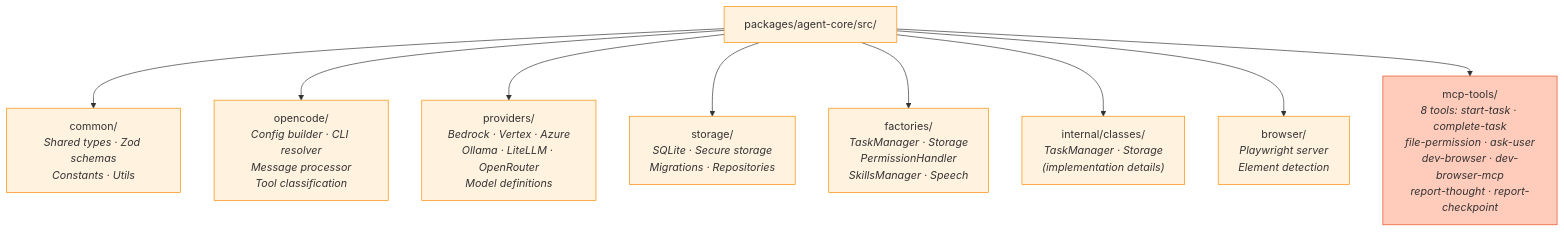
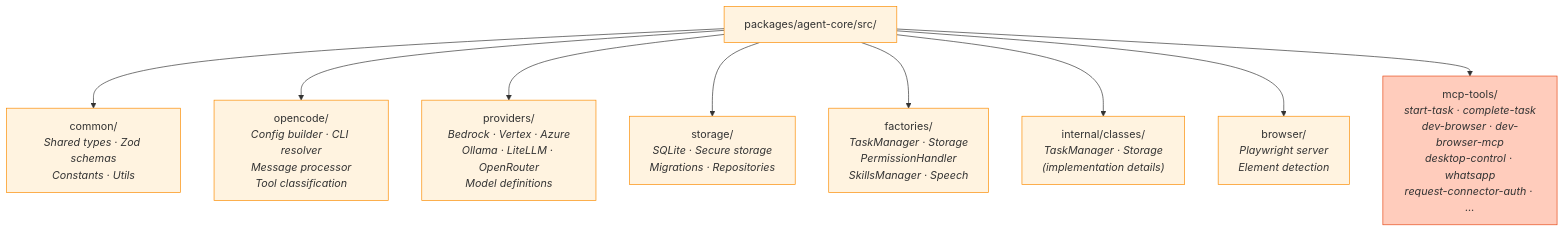
The seventh of 7 diagrams in docs/development-viewpoint.md (accomplish-ai/accomplish), drawn with Mermaid before and after one commit. The commit also changed other lines of this file and 36 other files, not shown here.

````diff
--- a/docs/development-viewpoint.md
+++ b/docs/development-viewpoint.md
@@ -233,21 +233,21 @@
 ```mermaid
 graph TD
   CORE["packages/agent-core/src/"]
 
   CORE --> COMMON["common/<br/><i>Shared types · Zod schemas<br/>Constants · Utils</i>"]
   CORE --> OC["opencode/<br/><i>Config builder · CLI resolver<br/>Message processor<br/>Tool classification</i>"]
   CORE --> PROV["providers/<br/><i>Bedrock · Vertex · Azure<br/>Ollama · LiteLLM · OpenRouter<br/>Model definitions</i>"]
   CORE --> STORAGE["storage/<br/><i>SQLite · Secure storage<br/>Migrations · Repositories</i>"]
   CORE --> FACTORIES["factories/<br/><i>TaskManager · Storage<br/>PermissionHandler<br/>SkillsManager · Speech</i>"]
   CORE --> INTERNAL["internal/classes/<br/><i>TaskManager · Storage<br/>(implementation details)</i>"]
   CORE --> BROWSER["browser/<br/><i>Playwright server<br/>Element detection</i>"]
 
-  MCP["mcp-tools/<br/><i>8 tools: start-task · complete-task<br/>file-permission · ask-user<br/>dev-browser · dev-browser-mcp<br/>report-thought · report-checkpoint</i>"]
+  MCP["mcp-tools/<br/><i>start-task · complete-task<br/>dev-browser · dev-browser-mcp<br/>desktop-control · whatsapp<br/>request-connector-auth · …</i>"]
   CORE --> MCP
 
   classDef dir fill:#fff3e0,stroke:#fb8c00
   classDef mcp fill:#ffccbc,stroke:#e64a19
 
   class CORE,COMMON,OC,PROV,STORAGE,FACTORIES,INTERNAL,BROWSER dir
   class MCP mcp
 ```
````
